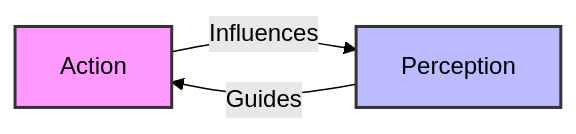
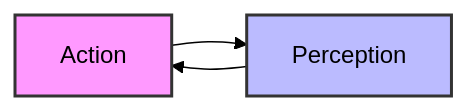
Before and after one commit to alexarje/sensing: the diagram in book/week1.md, drawn with Mermaid (forest theme). The commit also changed other lines of this file and 2 other files, not shown here.

Commit message:
fixing pdf issues

````diff
--- a/book/week1.md
+++ b/book/week1.md
@@ -213,7 +211,7 @@
 ```mermaid
 flowchart LR
-  Action -->|Influences| Perception
-  Perception -->|Guides| Action
+  Action --> Perception
+  Perception --> Action
   style Action fill:#f9f,stroke:#333,stroke-width:2px
   style Perception fill:#bbf,stroke:#333,stroke-width:2px
 ```
````
